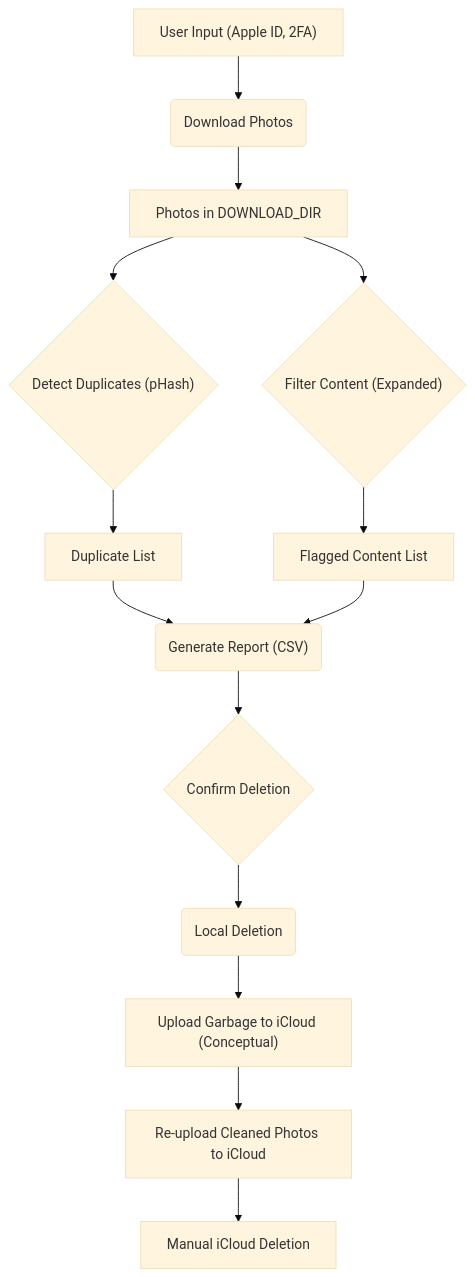
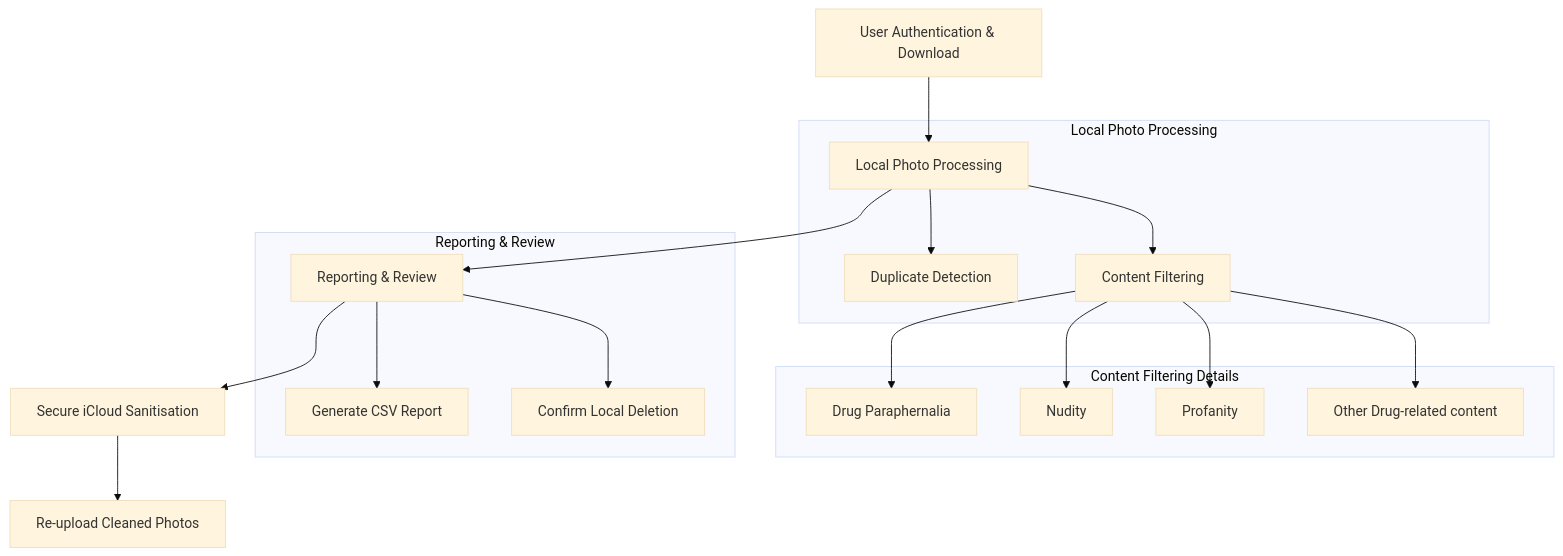
One commit to seo6oss/sanitise changed the diagram in README.md. Above: the diagram before and after it, drawn with Mermaid (base theme).

Commit message:
Docs: Add Mermaid diagram based on README content

````diff
--- a/README.md
+++ b/README.md
@@ -70,16 +70,28 @@
 ```mermaid
 graph TD
-    A["User Input (Apple ID, 2FA)"] --> B("Download Photos")
-    B --> C["Photos in DOWNLOAD_DIR"]
-    C --> D{"Detect Duplicates (pHash)"}
-    C --> F{"Filter Content (Expanded)"}
-    D --> E["Duplicate List"]
-    F --> G["Flagged Content List"]
-    E --> H("Generate Report (CSV)")
-    G --> H
-    H --> I{"Confirm Deletion"}
-    I --> J("Local Deletion")
-    J --> L["Upload Garbage to iCloud (Conceptual)"]
-    L --> M["Re-upload Cleaned Photos to iCloud"]
-    M --> K["Manual iCloud Deletion"]
+    A["User Authentication & Download"] --> B["Local Photo Processing"]
+    B --> C["Reporting & Review"]
+    C --> D["Secure iCloud Sanitisation"]
+    D --> E["Re-upload Cleaned Photos"]
+
+    subgraph "Local Photo Processing"
+        B1["Duplicate Detection"]
+        B2["Content Filtering"]
+        B --> B1
+        B --> B2
+    end
+
+    subgraph "Content Filtering Details"
+        B2 --> B2a["Drug Paraphernalia"]
+        B2 --> B2b["Nudity"]
+        B2 --> B2c["Profanity"]
+        B2 --> B2d["Other Drug-related content"]
+    end
+
+    subgraph "Reporting & Review"
+        C1["Generate CSV Report"]
+        C2["Confirm Local Deletion"]
+        C --> C1
+        C --> C2
+    end
 ```
````
